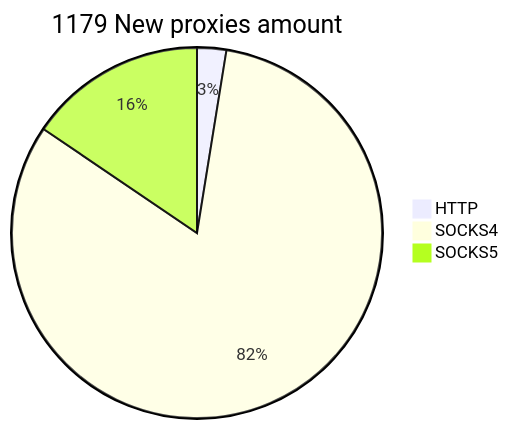
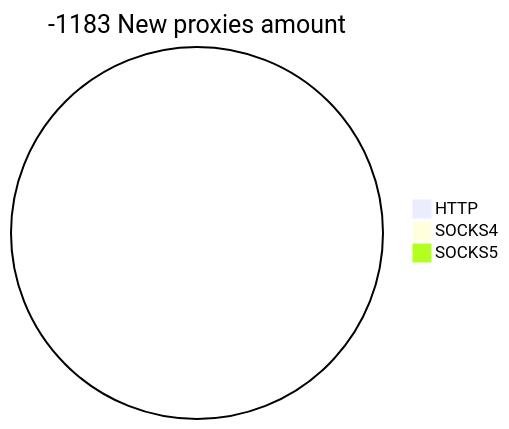
Before and after one commit to cutipu/proxylist: the second of 2 diagrams in README.md, drawn with Mermaid. The commit also changed other lines of this file, not shown here.

````diff
--- a/README.md
+++ b/README.md
@@ -10,6 +10,6 @@
 ```mermaid
-pie title 1179 New proxies amount
-    "HTTP" : 30
-    "SOCKS4" : 966
-    "SOCKS5" : 183
+pie title -1183 New proxies amount
+    "HTTP" : 0
+    "SOCKS4" : 0
+    "SOCKS5" : 0
 ```
````
